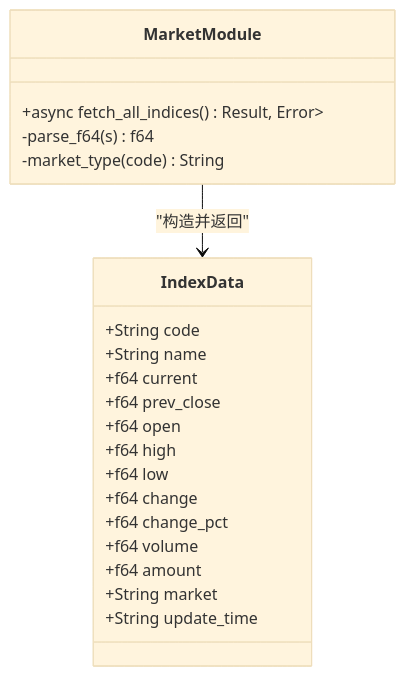
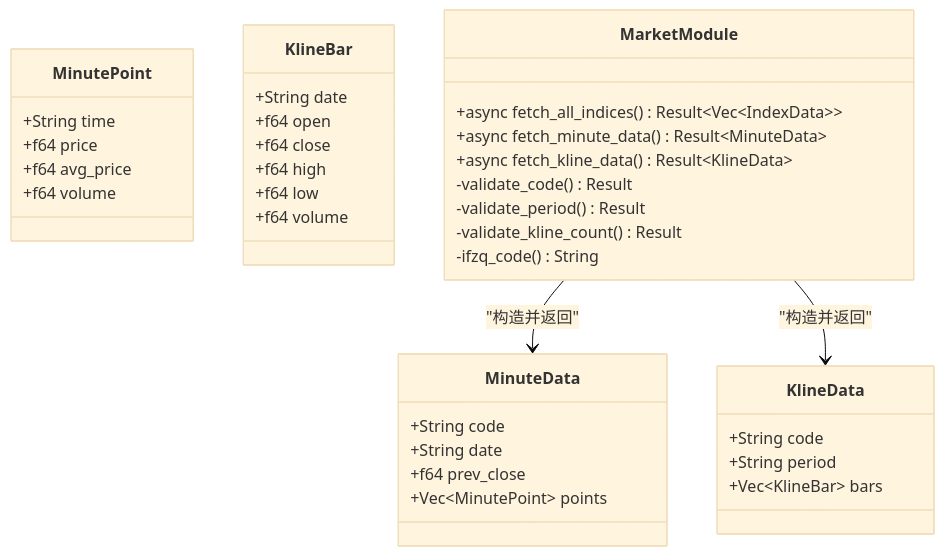
One commit to jiashaoying/hq-kanban-app changed the third of 4 diagrams in .qoder/repowiki/zh/content/后端开发/市场数据模块.md. Above: the diagram before and after it, drawn with Mermaid (base theme). The commit also changed other lines of this file and 7 other files, not shown here.

````diff
--- a/.qoder/repowiki/zh/content/后端开发/市场数据模块.md
+++ b/.qoder/repowiki/zh/content/后端开发/市场数据模块.md
@@ -172,24 +203,39 @@
 ```mermaid
 classDiagram
-class IndexData {
+class MinutePoint {
++String time
++f64 price
++f64 avg_price
++f64 volume
+}
+class MinuteData {
 +String code
-+String name
-+f64 current
++String date
 +f64 prev_close
++Vec~MinutePoint~ points
+}
+class KlineBar {
++String date
 +f64 open
++f64 close
 +f64 high
 +f64 low
-+f64 change
-+f64 change_pct
 +f64 volume
-+f64 amount
-+String market
-+String update_time
+}
+class KlineData {
++String code
++String period
++Vec~KlineBar~ bars
 }
 class MarketModule {
-+async fetch_all_indices() Result<Vec<IndexData>, Error>
--parse_f64(s) f64
--market_type(code) String
++async fetch_all_indices() Result~Vec~IndexData~~
++async fetch_minute_data() Result~MinuteData~
++async fetch_kline_data() Result~KlineData~
+-validate_code() Result
+-validate_period() Result
+-validate_kline_count() Result
+-ifzq_code() String
 }
-MarketModule --> IndexData : "构造并返回"
+MarketModule --> MinuteData : "构造并返回"
+MarketModule --> KlineData : "构造并返回"
 ```
````
